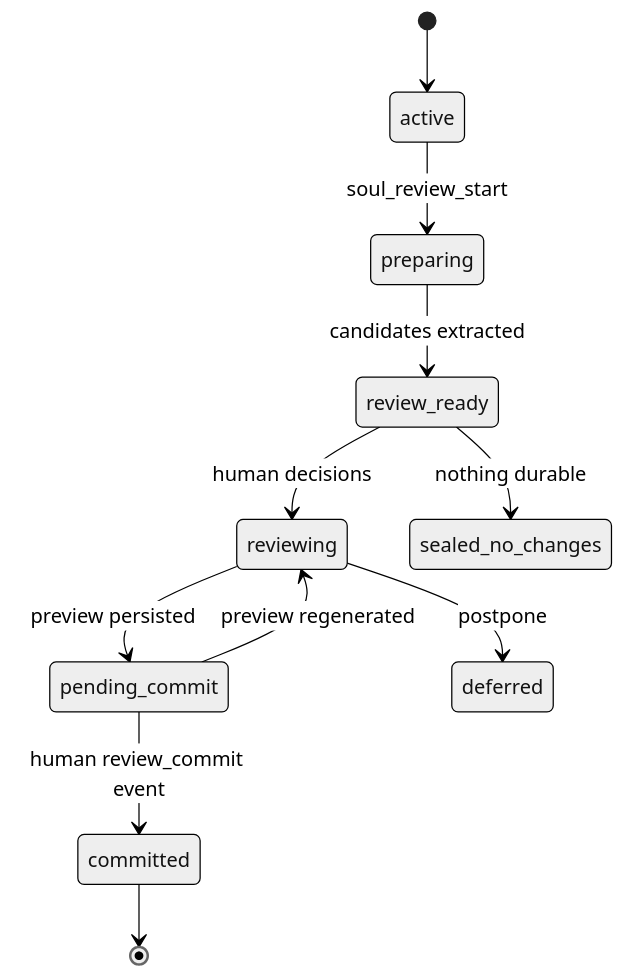
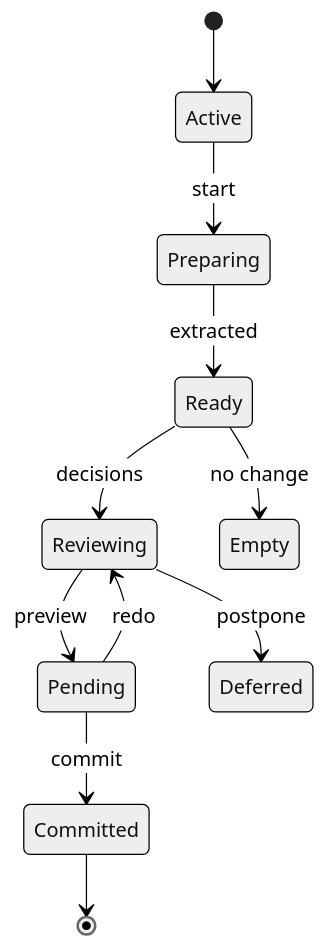
One commit to Azhonaras/soul-engine changed the diagram in docs/REVIEW_CYCLE_SPECIFICATION.md. Above: the diagram before and after it, drawn with Mermaid (neutral theme). The commit also changed 4 other files, not shown here.

First line of the commit message:
docs: stop Mermaid labels from overlapping on GitHub.

````diff
--- a/docs/REVIEW_CYCLE_SPECIFICATION.md
+++ b/docs/REVIEW_CYCLE_SPECIFICATION.md
@@ -26,13 +26,13 @@
 ```mermaid
 stateDiagram-v2
-    [*] --> active
-    active --> preparing: soul_review_start
-    preparing --> review_ready: candidates extracted
-    review_ready --> reviewing: human decisions
-    reviewing --> pending_commit: preview persisted
-    pending_commit --> committed: human review_commit event
-    pending_commit --> reviewing: preview regenerated
-    review_ready --> sealed_no_changes: nothing durable
-    reviewing --> deferred: postpone
-    committed --> [*]
+    [*] --> Active
+    Active --> Preparing: start
+    Preparing --> Ready: extracted
+    Ready --> Reviewing: decisions
+    Reviewing --> Pending: preview
+    Pending --> Committed: commit
+    Pending --> Reviewing: redo
+    Ready --> Empty: no change
+    Reviewing --> Deferred: postpone
+    Committed --> [*]
 ```
````
